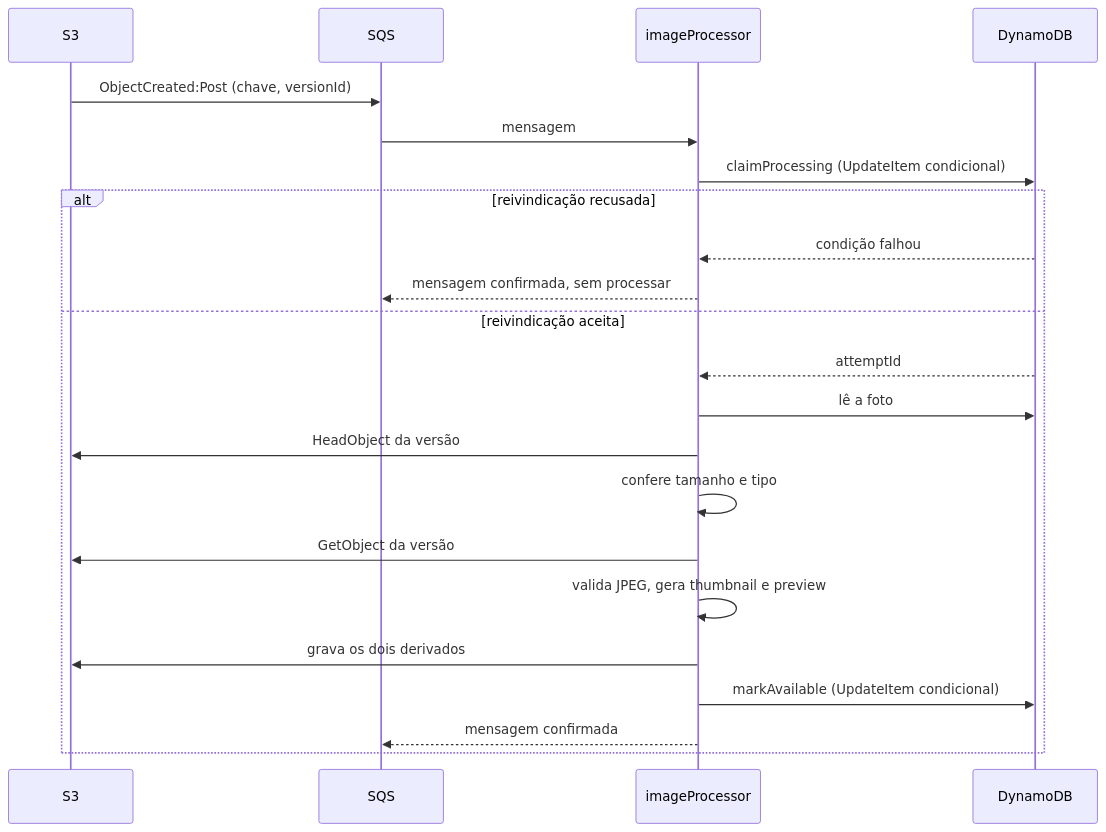
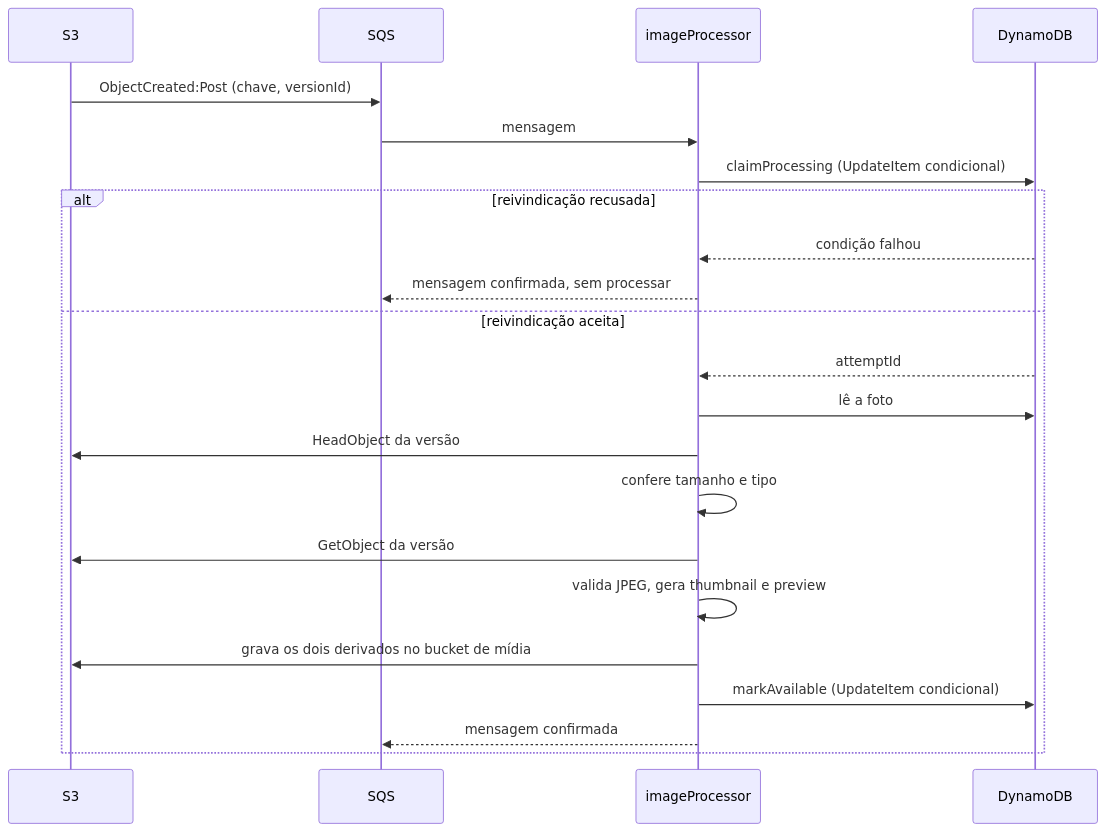
One commit to andreselva/lumora-docs changed the first of 3 diagrams in developers/flows/image-processing.mdx. Above: the diagram before and after it, drawn with Mermaid. The commit also changed other lines of this file and 5 other files, not shown here.

First line of the commit message:
docs(flows): exclusão e reprocessamento de fotos; atualiza upload e processamento

````diff
--- a/developers/flows/image-processing.mdx
+++ b/developers/flows/image-processing.mdx
@@ -21,25 +21,25 @@
 ```mermaid
 sequenceDiagram
   participant S as S3
   participant Q as SQS
   participant I as imageProcessor
   participant D as DynamoDB
 
   S->>Q: ObjectCreated:Post (chave, versionId)
   Q->>I: mensagem
   I->>D: claimProcessing (UpdateItem condicional)
   alt reivindicação recusada
     D-->>I: condição falhou
     I-->>Q: mensagem confirmada, sem processar
   else reivindicação aceita
     D-->>I: attemptId
     I->>D: lê a foto
     I->>S: HeadObject da versão
     I->>I: confere tamanho e tipo
     I->>S: GetObject da versão
     I->>I: valida JPEG, gera thumbnail e preview
-    I->>S: grava os dois derivados
+    I->>S: grava os dois derivados no bucket de mídia
     I->>D: markAvailable (UpdateItem condicional)
     I-->>Q: mensagem confirmada
   end
 ```
````
